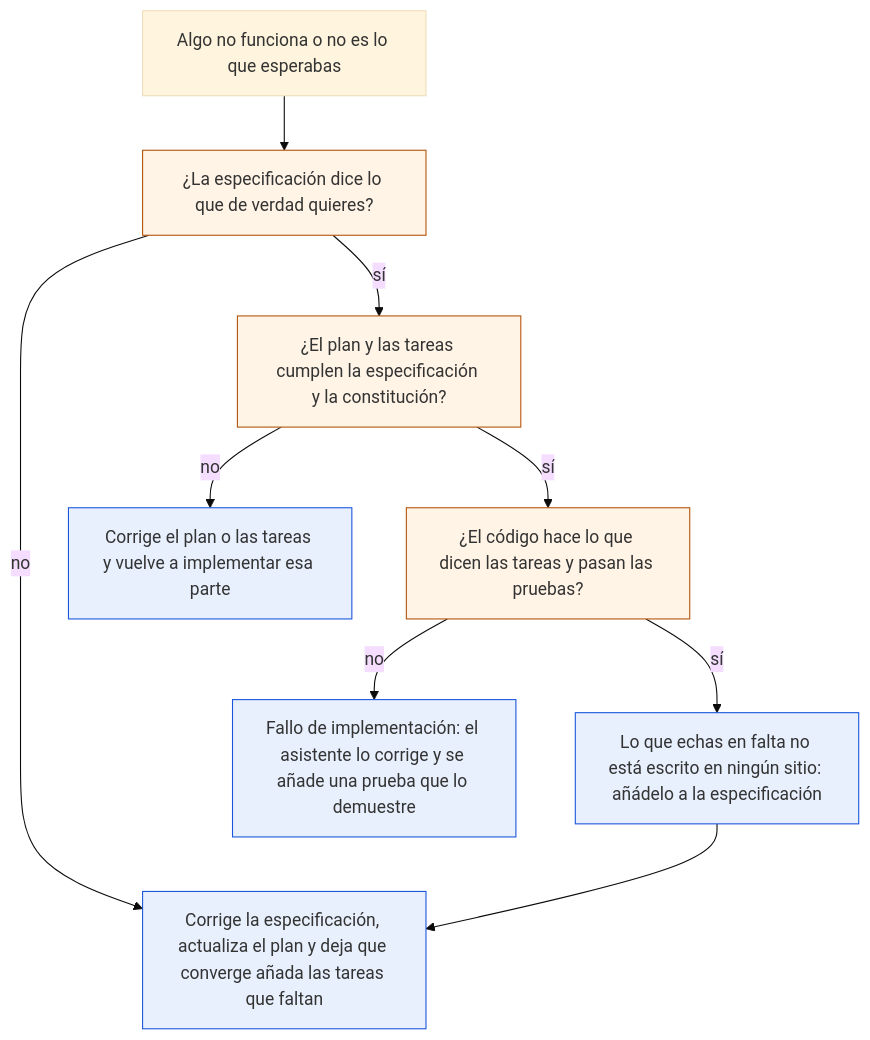
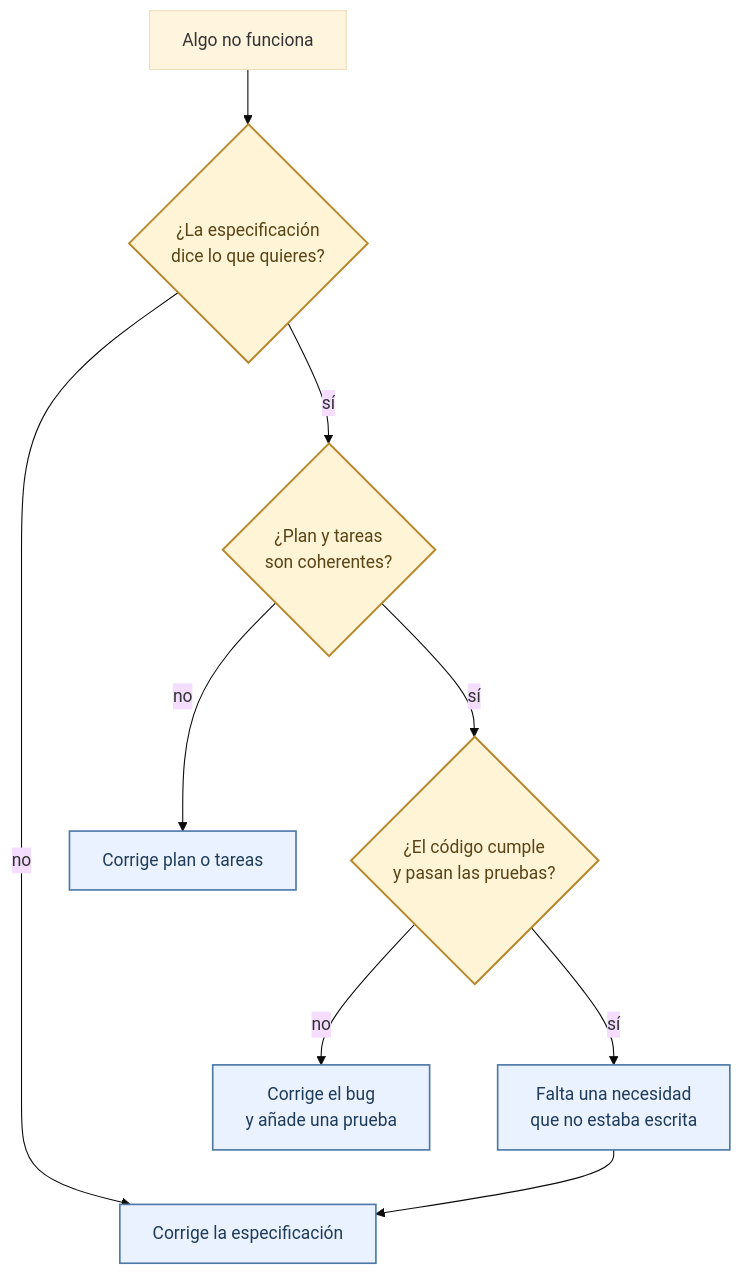
One commit to antroc/charla-sdd changed the diagram in docs/08-buenas-practicas-y-errores-comunes.md. Above: the diagram before and after it, drawn with Mermaid (base theme). The commit also changed 3 other files, not shown here.

Commit message:
Simplificar diagramas de buenas practicas y ejercicios basicos

````diff
--- a/docs/08-buenas-practicas-y-errores-comunes.md
+++ b/docs/08-buenas-practicas-y-errores-comunes.md
@@ -103,23 +103,16 @@
 ```mermaid
-flowchart TD
-  F["Algo no funciona o no es lo que esperabas"]
-  Q1["¿La especificación dice lo que de verdad quieres?"]
-  S["Corrige la especificación, actualiza el plan y deja que converge añada las tareas que faltan"]
-  Q2["¿El plan y las tareas cumplen la especificación y la constitución?"]
-  P["Corrige el plan o las tareas y vuelve a implementar esa parte"]
-  Q3["¿El código hace lo que dicen las tareas y pasan las pruebas?"]
-  K["Fallo de implementación: el asistente lo corrige y se añade una prueba que lo demuestre"]
-  M["Lo que echas en falta no está escrito en ningún sitio: añádelo a la especificación"]
-  F --> Q1
-  Q1 -->|"no"| S
-  Q1 -->|"sí"| Q2
-  Q2 -->|"no"| P
-  Q2 -->|"sí"| Q3
-  Q3 -->|"no"| K
-  Q3 -->|"sí"| M
+flowchart TB
+  F["Algo no funciona"] --> Q1{"¿La especificación<br/>dice lo que quieres?"}
+  Q1 -->|"no"| S["Corrige la especificación"]
+  Q1 -->|"sí"| Q2{"¿Plan y tareas<br/>son coherentes?"}
+  Q2 -->|"no"| P["Corrige plan o tareas"]
+  Q2 -->|"sí"| Q3{"¿El código cumple<br/>y pasan las pruebas?"}
+  Q3 -->|"no"| K["Corrige el bug<br/>y añade una prueba"]
+  Q3 -->|"sí"| M["Falta una necesidad<br/>que no estaba escrita"]
   M --> S
-  classDef pregunta fill:#FFF4E5,stroke:#B45309;
-  classDef accion fill:#E8F0FE,stroke:#1A56DB;
-  class Q1,Q2,Q3 pregunta;
-  class S,P,K,M accion;
+
+  classDef question fill:#FFF4D6,stroke:#B8872D,stroke-width:1.8px,color:#5A4315;
+  classDef action fill:#EAF2FF,stroke:#4C78A8,stroke-width:1.5px,color:#1F3B5B;
+  class Q1,Q2,Q3 question;
+  class S,P,K,M action;
 ```
````
